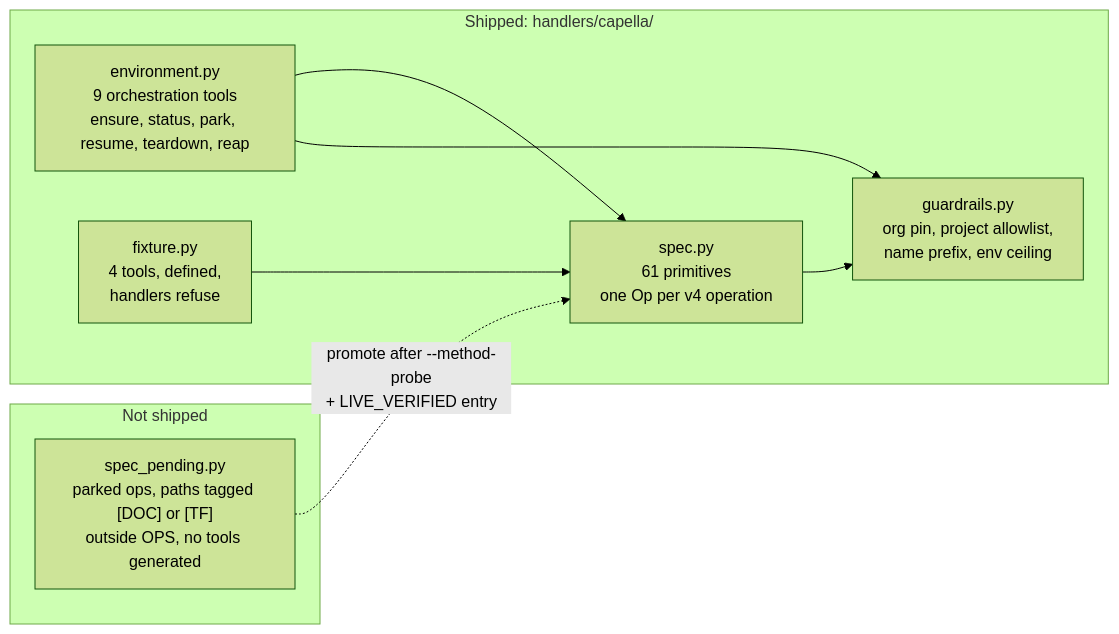
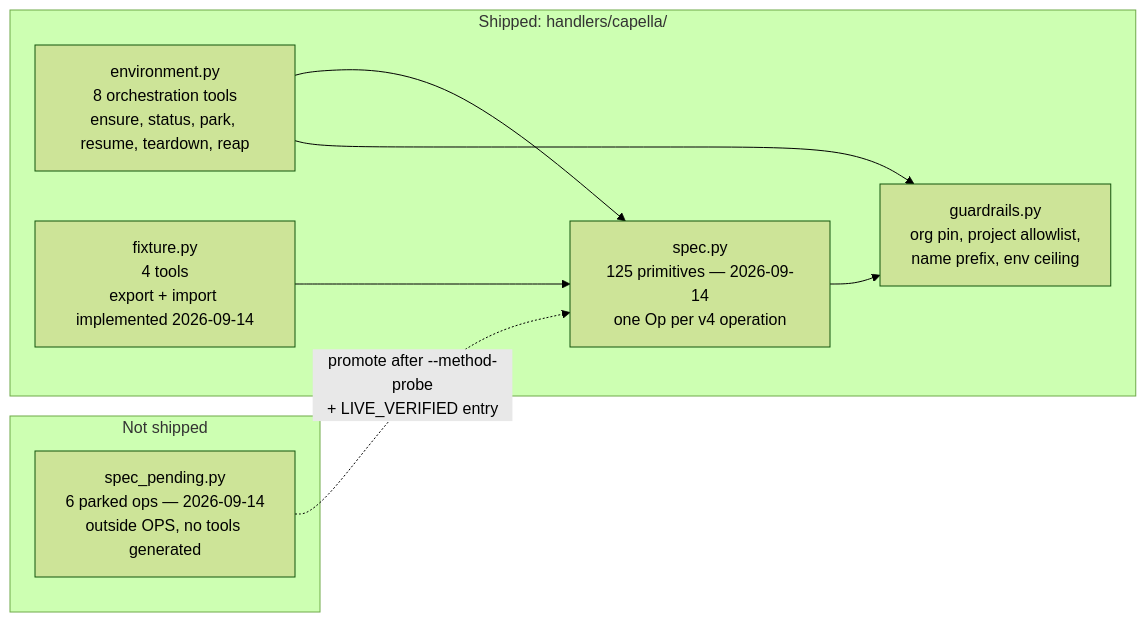
Before and after one commit to Couchbase-Ecosystem/couchbase_admin_mcp_server: the fifth of 6 diagrams in docs/ARCHITECTURE.md, drawn with Mermaid (forest theme). The commit also changed other lines of this file and 29 other files, not shown here.

````diff
--- a/docs/ARCHITECTURE.md
+++ b/docs/ARCHITECTURE.md
@@ -263,17 +267,17 @@
 ```mermaid
 graph LR
   subgraph Shipped["Shipped: handlers/capella/"]
-    P["spec.py<br/>61 primitives<br/>one Op per v4 operation"]
-    E["environment.py<br/>9 orchestration tools<br/>ensure, status, park, resume, teardown, reap"]
-    F["fixture.py<br/>4 tools, defined,<br/>handlers refuse"]
+    P["spec.py<br/>125 primitives — 2026-09-14<br/>one Op per v4 operation"]
+    E["environment.py<br/>8 orchestration tools<br/>ensure, status, park, resume, teardown, reap"]
+    F["fixture.py<br/>4 tools<br/>export + import implemented 2026-09-14"]
     GR["guardrails.py<br/>org pin, project allowlist,<br/>name prefix, env ceiling"]
   end
   subgraph Quarantine["Not shipped"]
-    PN["spec_pending.py<br/>parked ops, paths tagged [DOC] or [TF]<br/>outside OPS, no tools generated"]
+    PN["spec_pending.py<br/>6 parked ops — 2026-09-14<br/>outside OPS, no tools generated"]
   end
   E --> P
   F --> P
   P --> GR
   E --> GR
   PN -.->|"promote after --method-probe<br/>+ LIVE_VERIFIED entry"| P
 ```
````
